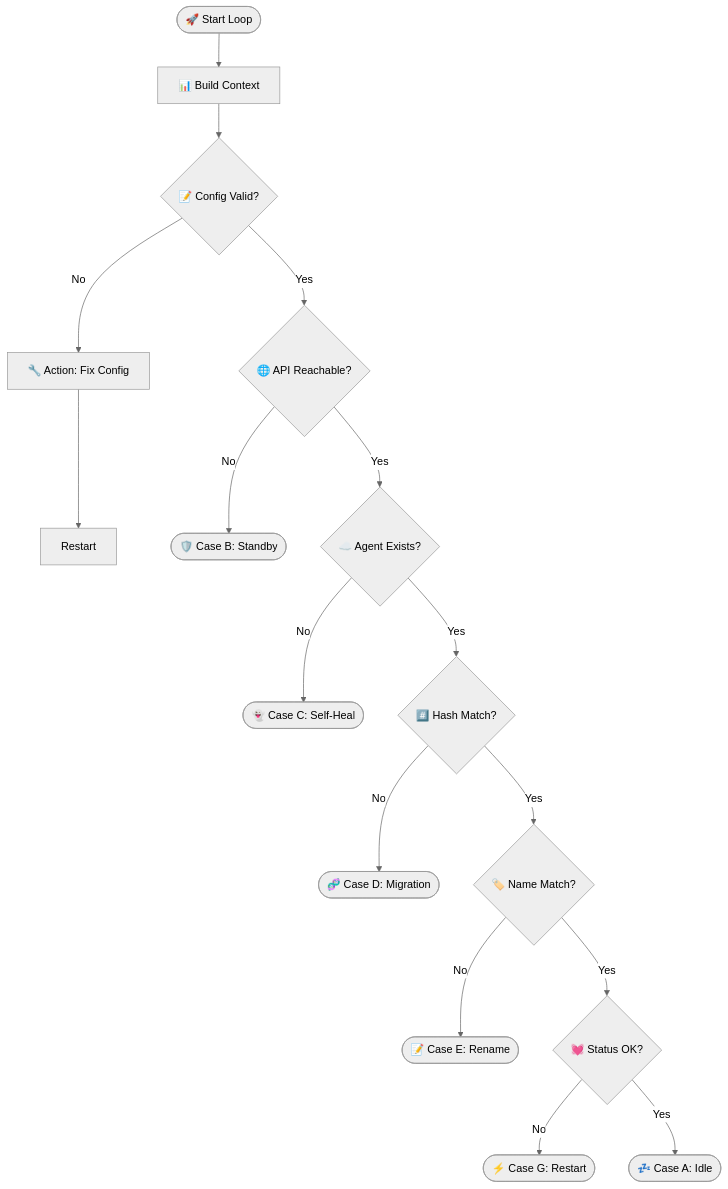
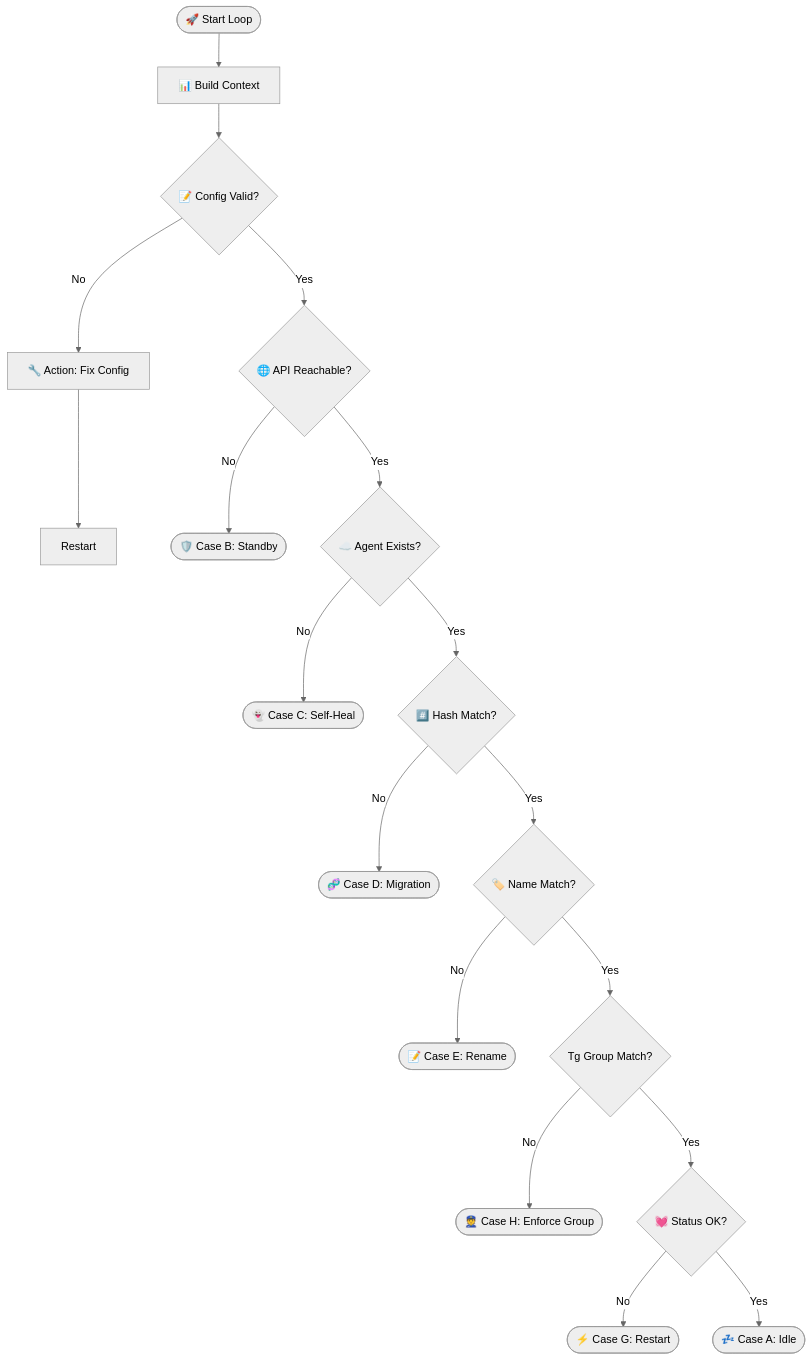
One commit to omidiyanto/gozuh changed the diagram in README.md. Above: the diagram before and after it, drawn with Mermaid (neutral theme). The commit also changed other lines of this file and 7 other files, not shown here.

````diff
--- a/README.md
+++ b/README.md
@@ -49,25 +51,29 @@
 ```mermaid
 graph TD
     Start([🚀 Start Loop]) --> Context[📊 Build Context]
     Context --> CheckConfig{📝 Config Valid?}
     
     CheckConfig -- No --> FixConfig[🔧 Action: Fix Config]
     FixConfig --> Restart
     
     CheckConfig -- Yes --> CheckNet{🌐 API Reachable?}
     CheckNet -- No --> Standby([🛡️ Case B: Standby])
     
     CheckNet -- Yes --> CheckServer{☁️ Agent Exists?}
     CheckServer -- No --> Ghost([👻 Case C: Self-Heal])
     
     CheckServer -- Yes --> CheckHash{#️⃣ Hash Match?}
     CheckHash -- No --> Clone([🧬 Case D: Migration])
     
     CheckHash -- Yes --> CheckName{🏷️ Name Match?}
     CheckName -- No --> Rename([📝 Case E: Rename])
     
-    CheckName -- Yes --> CheckStatus{💓 Status OK?}
+    CheckName -- Yes --> CheckGroup{Tg Group Match?}
+    CheckGroup -- No --> Drift([👮 Case H: Enforce Group])
+    
+    CheckGroup -- Yes --> CheckStatus{💓 Status OK?}
     CheckStatus -- No --> Zombie([⚡ Case G: Restart])
     
     CheckStatus -- Yes --> Idle([💤 Case A: Idle])
+
 ```
````
